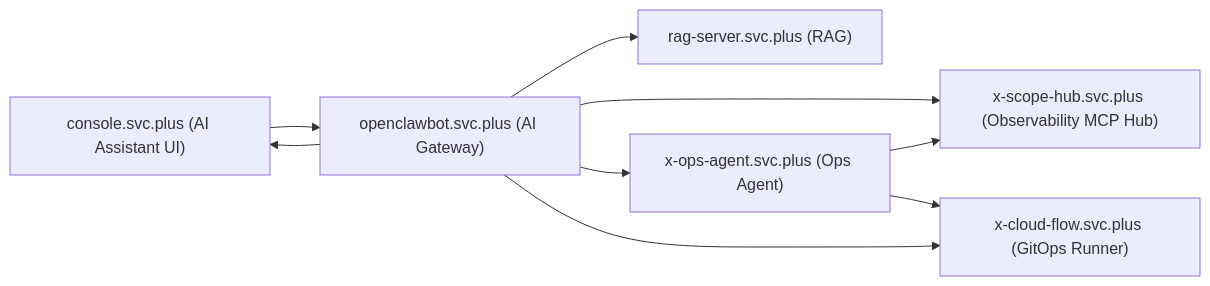
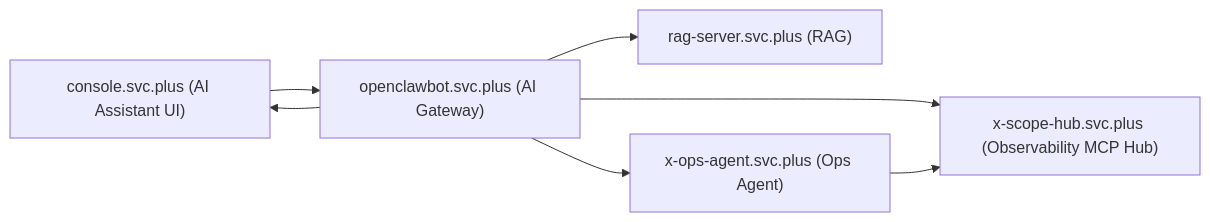
The first of 3 diagrams in docs/feature-flows/ai-platform-gateway-rag-mcp-ops-agent.md (x-evor/.github), drawn with Mermaid before and after one commit. The commit also changed other lines of this file, not shown here.

Commit message:
docs(ai): refine platform flows and GitOps loop

````diff
--- a/docs/feature-flows/ai-platform-gateway-rag-mcp-ops-agent.md
+++ b/docs/feature-flows/ai-platform-gateway-rag-mcp-ops-agent.md
@@ -128,11 +137,9 @@
 ```mermaid
 flowchart LR
   UI["console.svc.plus (AI Assistant UI)"] --> GW["openclawbot.svc.plus (AI Gateway)"]
   GW --> RAG["rag-server.svc.plus (RAG)"]
   GW --> HUB["x-scope-hub.svc.plus (Observability MCP Hub)"]
   GW --> OPS["x-ops-agent.svc.plus (Ops Agent)"]
-  GW --> FLOW["x-cloud-flow.svc.plus (GitOps Runner)"]
   OPS --> HUB
-  OPS --> FLOW
   GW --> UI
 ```
````
